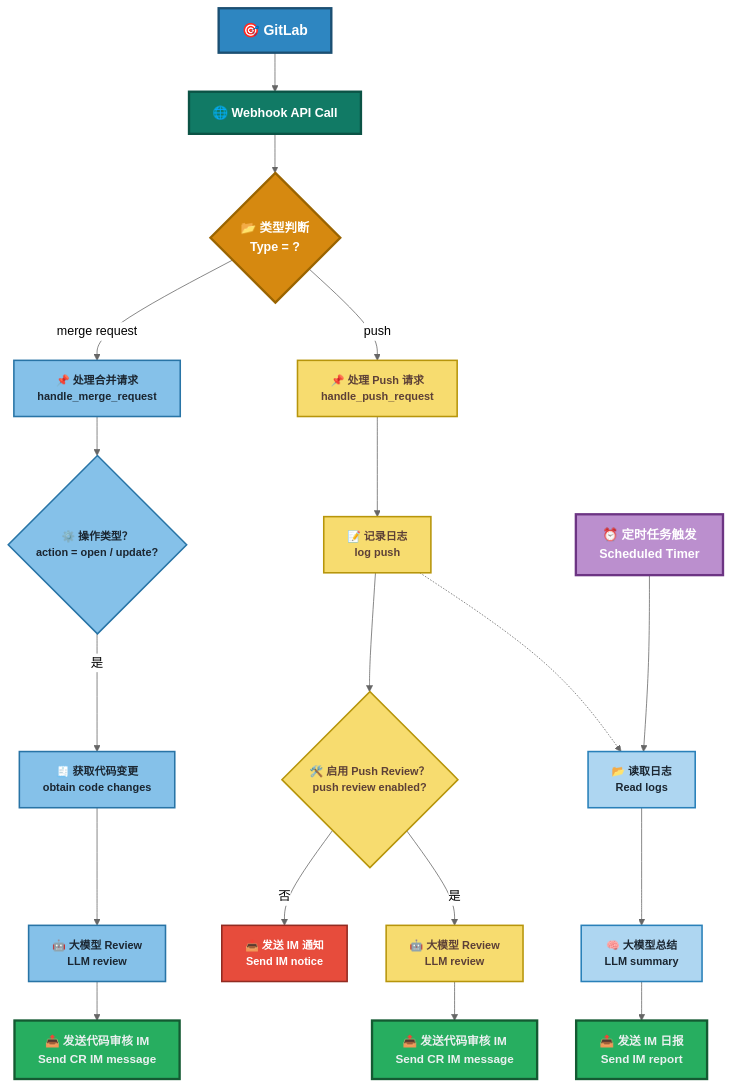
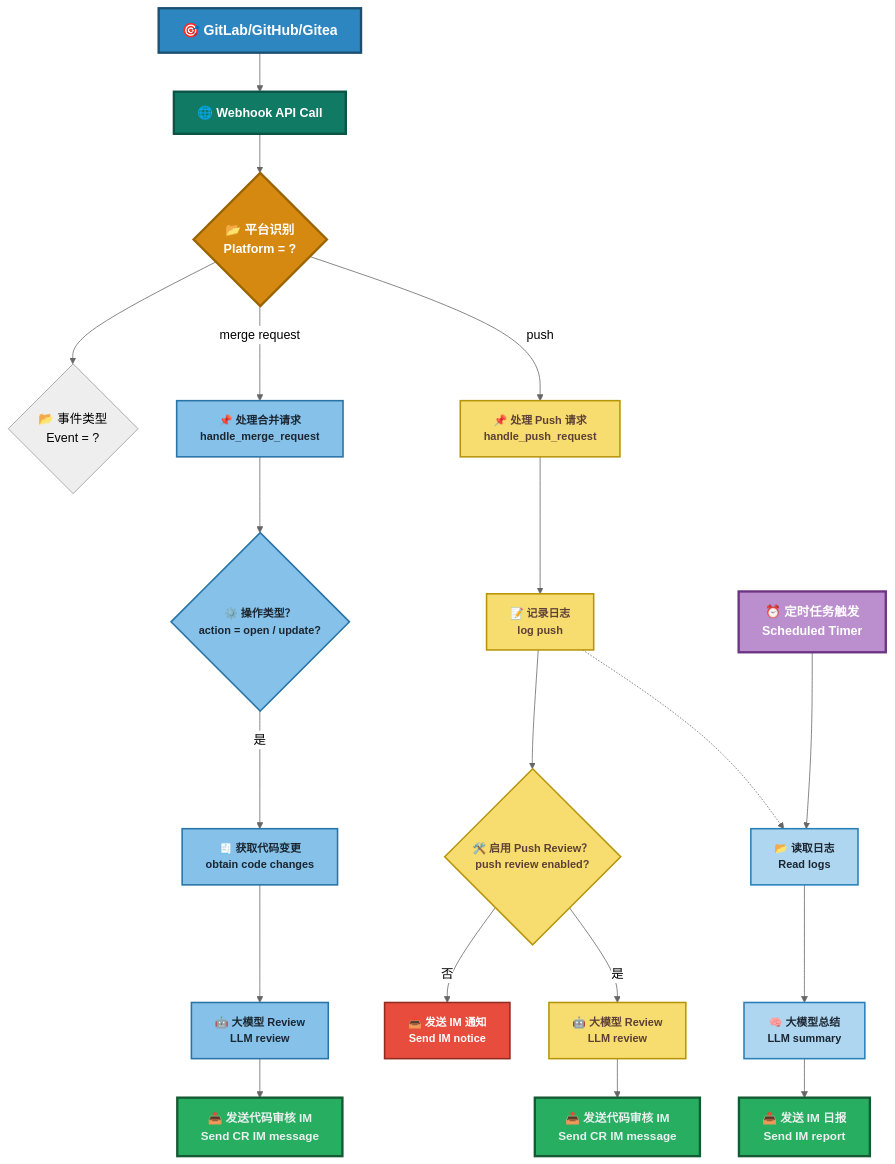
Before and after one commit to leehyon/auto-code-review: the diagram in README.md, drawn with Mermaid (neutral theme). The commit also changed other lines of this file and 107 other files, not shown here.

````diff
--- a/README.md
+++ b/README.md
@@ -46,55 +61,56 @@
 ```mermaid
 flowchart TD
-    A["🎯 GitLab"] --> B["🌐 Webhook API Call"]
-    B --> C{"📂 类型判断<br/>Type = ?"}
+    A["🎯 GitLab/GitHub/Gitea"] --> B["🌐 Webhook API Call"]
+    B --> C{"📂 平台识别<br/>Platform = ?"}
+    C --> C1{"📂 事件类型<br/>Event = ?"}
     
     %% Merge Request 流程
     C -- "merge request" --> D["📌 处理合并请求<br/>handle_merge_request"]
     D --> E{"⚙️ 操作类型？<br/>action = open / update?"}
     E -- "是" --> F["🧾 获取代码变更<br/>obtain code changes"]
     F --> G["🤖 大模型 Review<br/>LLM review"]
     G --> H1["📤 发送代码审核 IM<br/>Send CR IM message"]
     
     %% Push 流程
     C -- "push" --> I["📌 处理 Push 请求<br/>handle_push_request"]
     I --> J["📝 记录日志<br/>log push"]
     J --> K{"🛠️ 启用 Push Review？<br/>push review enabled?"}
     K -- "否" --> L["📤 发送 IM 通知<br/>Send IM notice"]
     K -- "是" --> M["🤖 大模型 Review<br/>LLM review"]
     M --> H2["📤 发送代码审核 IM<br/>Send CR IM message"]
 
     %% 定时任务流程
     Z["⏰ 定时任务触发<br/>Scheduled Timer"] --> P["📂 读取日志<br/>Read logs"]
     P --> Q["🧠 大模型总结<br/>LLM summary"]
     Q --> H3["📤 发送 IM 日报<br/>Send IM report"]
 
     %% 虚线提示：日志来源
     J -.-> P
 
     %% 样式统一应用，避免遗漏
     style A fill:#2E86C1,stroke:#1B4F72,stroke-width:3px,color:#FFFFFF,font-weight:bold,font-size:18px
     style B fill:#117A65,stroke:#0B5345,stroke-width:3px,color:#FFFFFF,font-weight:bold,font-size:16px
     style C fill:#D68910,stroke:#9A6400,stroke-width:3px,color:#FFFFFF,font-weight:bold,font-size:16px
 
     style D fill:#85C1E9,stroke:#2874A6,stroke-width:2px,color:#1B2631,font-weight:bold,font-size:14px
     style E fill:#85C1E9,stroke:#2874A6,stroke-width:2px,color:#1B2631,font-weight:bold,font-size:14px
     style F fill:#85C1E9,stroke:#2874A6,stroke-width:2px,color:#1B2631,font-weight:bold,font-size:14px
     style G fill:#85C1E9,stroke:#2874A6,stroke-width:2px,color:#1B2631,font-weight:bold,font-size:14px
 
     style I fill:#F7DC6F,stroke:#B7950B,stroke-width:2px,color:#5D4037,font-weight:bold,font-size:14px
     style J fill:#F7DC6F,stroke:#B7950B,stroke-width:2px,color:#5D4037,font-weight:bold,font-size:14px
     style K fill:#F7DC6F,stroke:#B7950B,stroke-width:2px,color:#5D4037,font-weight:bold,font-size:14px
     style M fill:#F7DC6F,stroke:#B7950B,stroke-width:2px,color:#5D4037,font-weight:bold,font-size:14px
 
     style P fill:#AED6F1,stroke:#2980B9,stroke-width:2px,color:#1B2631,font-weight:bold,font-size:14px
     style Q fill:#AED6F1,stroke:#2980B9,stroke-width:2px,color:#1B2631,font-weight:bold,font-size:14px
 
     style H1 fill:#27AE60,stroke:#145A32,stroke-width:3px,color:#ECF0F1,font-weight:bold,font-size:15px
     style H2 fill:#27AE60,stroke:#145A32,stroke-width:3px,color:#ECF0F1,font-weight:bold,font-size:15px
     style H3 fill:#27AE60,stroke:#145A32,stroke-width:3px,color:#ECF0F1,font-weight:bold,font-size:15px
 
     style L fill:#E74C3C,stroke:#922B21,stroke-width:2px,color:#FFFFFF,font-weight:bold,font-size:14px
 
     style Z fill:#BB8FCE,stroke:#6C3483,stroke-width:3px,color:#FFFFFF,font-weight:bold,font-size:16px
 
 ```
````
